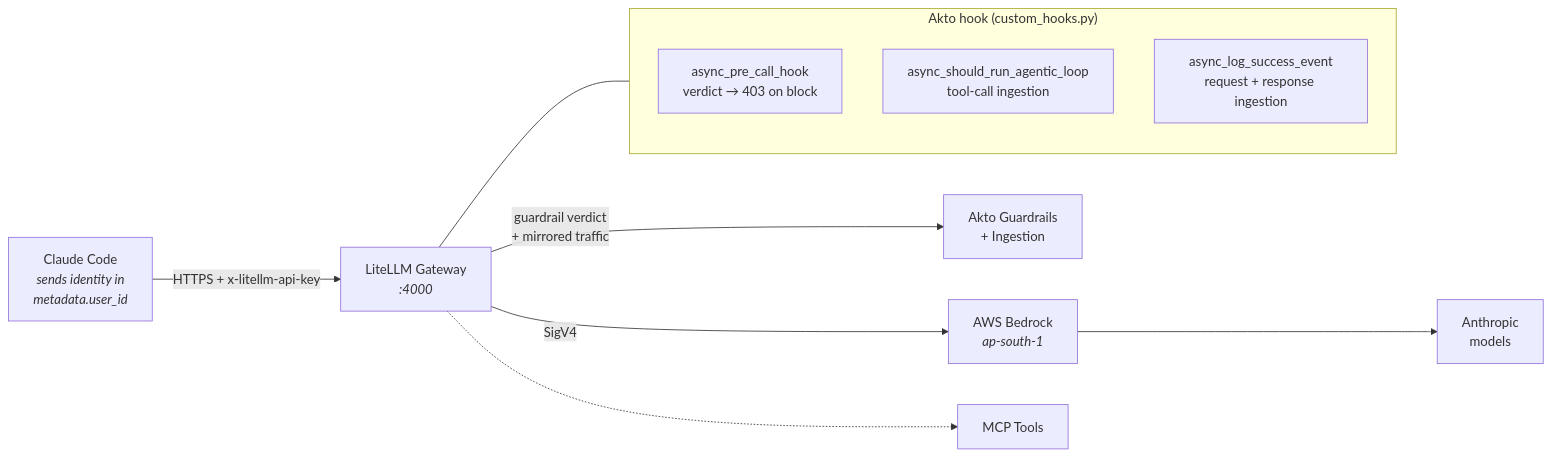
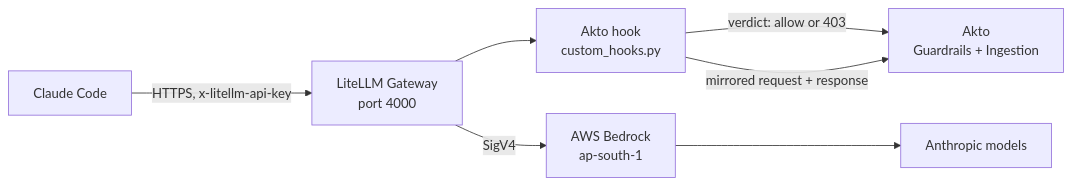
The diagram in README.md (akto-api-security/akto-litellm), drawn with Mermaid before and after one commit. The commit also changed other lines of this file and 1 other file, not shown here.

Commit message:
Fix architecture diagram rendering on GitHub and mark the content-block and call-metadata fixes as merged upstream

````diff
--- a/README.md
+++ b/README.md
@@ -16,22 +16,16 @@
 ```mermaid
 flowchart LR
-    CC["Claude Code<br/><i>sends identity in<br/>metadata.user_id</i>"]
-    LL["LiteLLM Gateway<br/><i>:4000</i>"]
-    AK["Akto Guardrails<br/>+ Ingestion"]
-    BR["AWS Bedrock<br/><i>ap-south-1</i>"]
-    AN["Anthropic<br/>models"]
-    MCP["MCP Tools"]
+    CC["Claude Code"]
+    LL["LiteLLM Gateway<br/>port 4000"]
+    HK["Akto hook<br/>custom_hooks.py"]
+    AK["Akto<br/>Guardrails + Ingestion"]
+    BR["AWS Bedrock<br/>ap-south-1"]
+    AN["Anthropic models"]
 
-    CC -->|"HTTPS + x-litellm-api-key"| LL
-    LL -->|"guardrail verdict<br/>+ mirrored traffic"| AK
+    CC -->|"HTTPS, x-litellm-api-key"| LL
+    LL --> HK
+    HK -->|"verdict: allow or 403"| AK
+    HK -->|"mirrored request + response"| AK
     LL -->|"SigV4"| BR
     BR --> AN
-    LL -.-> MCP
-
-    subgraph hook["Akto hook (custom_hooks.py)"]
-        H1["async_pre_call_hook<br/>verdict → 403 on block"]
-        H2["async_should_run_agentic_loop<br/>tool-call ingestion"]
-        H3["async_log_success_event<br/>request + response ingestion"]
-    end
-    LL --- hook
 ```
````
